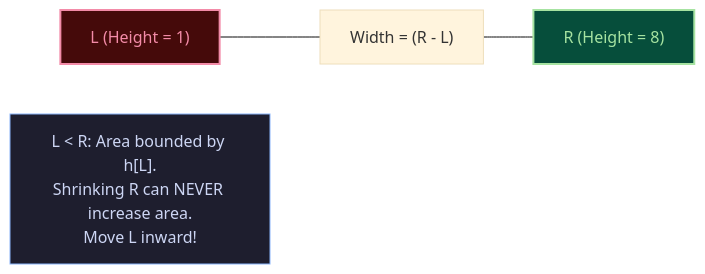
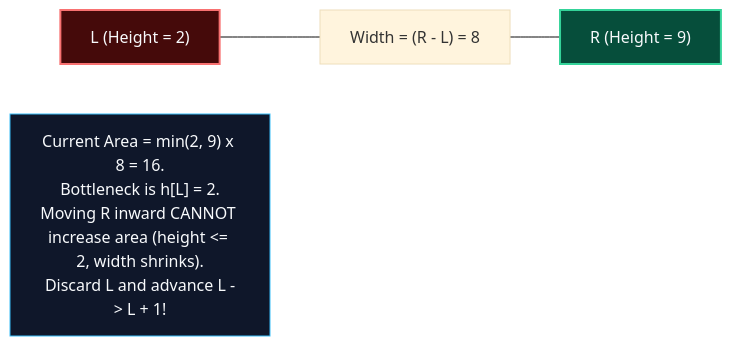
One commit to 1345AbhishekKumar/cs-cookbook changed the fourth of 8 diagrams in content/docs/dsa/02-trees-heaps-and-core-patterns/04-two-pointers-and-sliding-window.mdx. Above: the diagram before and after it, drawn with Mermaid (base theme). The commit also changed other lines of this file and 211 other files, not shown here.

````diff
--- a/content/docs/dsa/02-trees-heaps-and-core-patterns/04-two-pointers-and-sliding-window.mdx
+++ b/content/docs/dsa/02-trees-heaps-and-core-patterns/04-two-pointers-and-sliding-window.mdx
@@ -59,9 +136,9 @@
 ```mermaid
 flowchart LR
-    L["L (Height = 1)"] --- Dist["Width = (R - L)"] --- R["R (Height = 8)"]
-    Decision["L < R: Area bounded by h[L].\nShrinking R can NEVER increase area.\nMove L inward!"]
+    L["L (Height = 2)"] --- Dist["Width = (R - L) = 8"] --- R["R (Height = 9)"]
+    Decision["Current Area = min(2, 9) x 8 = 16.<br/>Bottleneck is h[L] = 2.<br/>Moving R inward CANNOT increase area (height <= 2, width shrinks).<br/>Discard L and advance L -> L + 1!"]
 
-    style L fill:#450a0a,stroke:#f38ba8,stroke-width:2px,color:#f38ba8
-    style R fill:#064e3b,stroke:#a6e3a1,stroke-width:2px,color:#a6e3a1
-    style Decision fill:#1e1e2e,stroke:#89b4fa,stroke-width:1px,color:#cdd6f4
+    style L fill:#450a0a,stroke:#f87171,stroke-width:2px,color:#f8fafc
+    style R fill:#064e3b,stroke:#34d399,stroke-width:2px,color:#f8fafc
+    style Decision fill:#0f172a,stroke:#38bdf8,stroke-width:1px,color:#f8fafc
 ```
````
